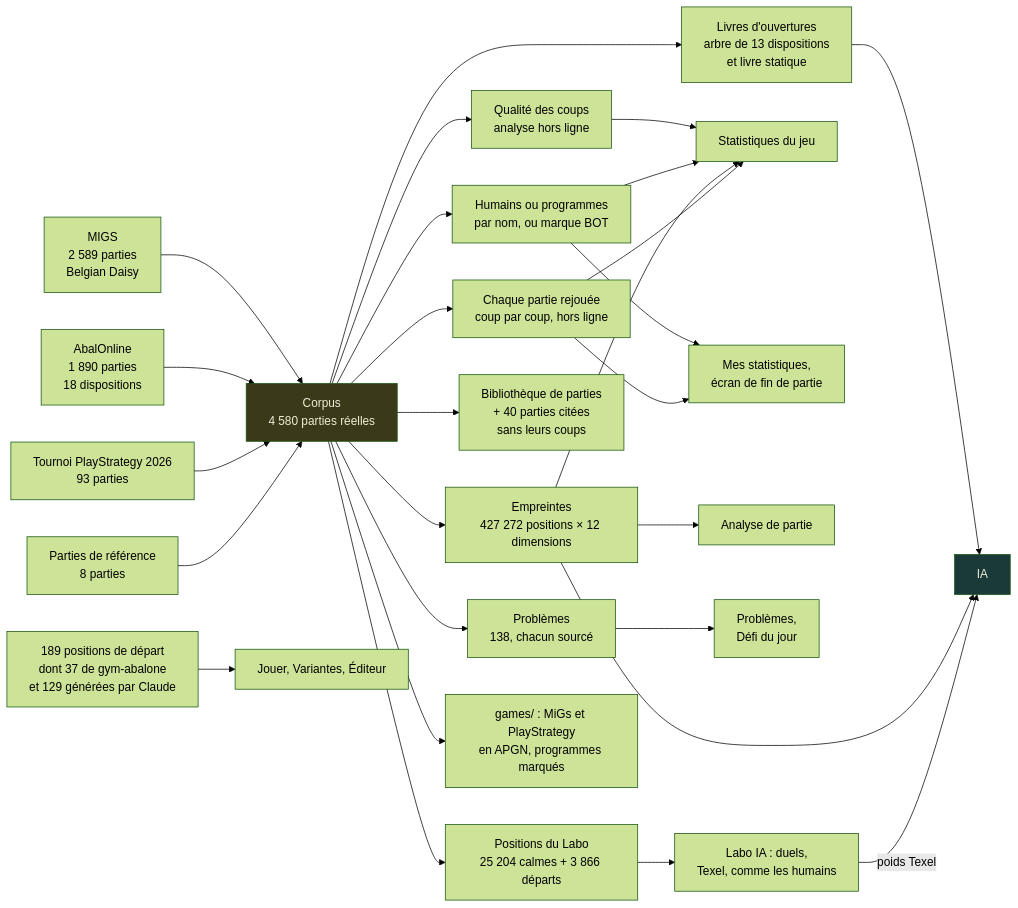
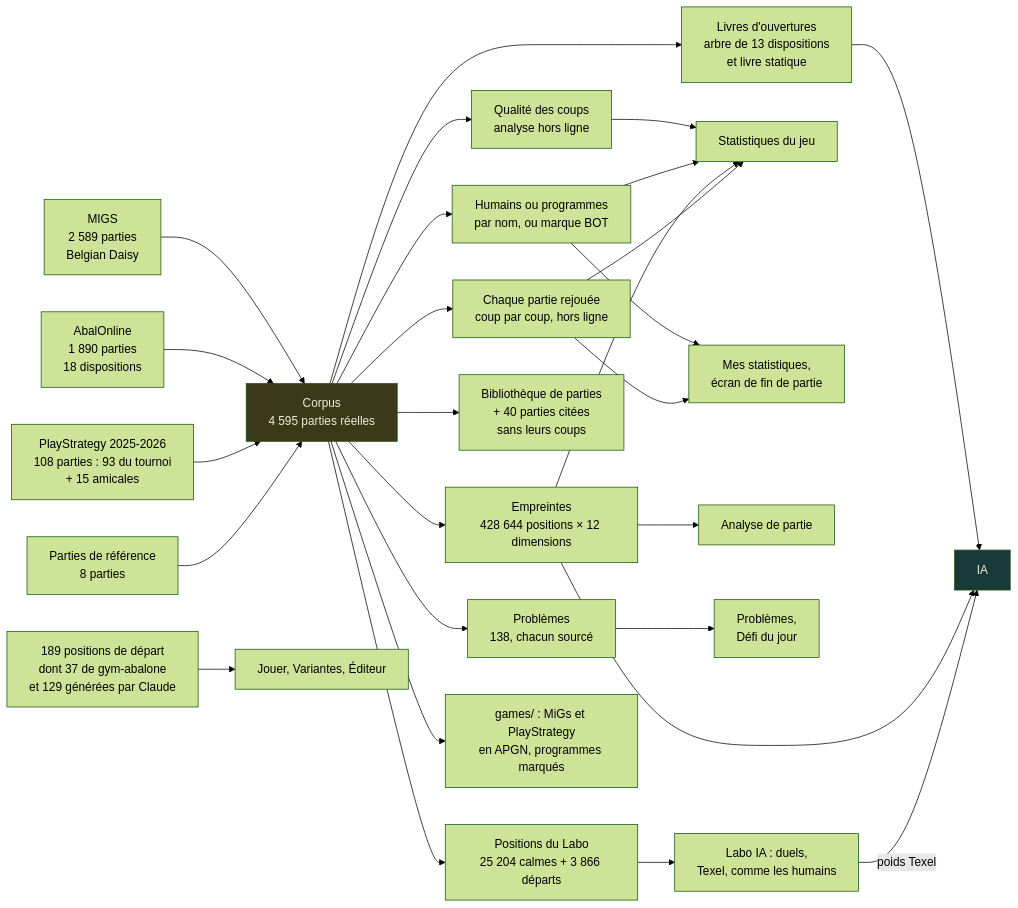
The second of 3 diagrams in docs-fr/Architecture.fr.md (ocj94/Abalassembly), drawn with Mermaid (forest theme) before and after one commit. The commit also changed other lines of this file and 39 other files, not shown here.

First line of the commit message:
v3.33 : les 15 parties amicales PlayStrategy entrent dans le corpus (4 595 parties)

````diff
--- a/docs-fr/Architecture.fr.md
+++ b/docs-fr/Architecture.fr.md
@@ -65,34 +65,34 @@
 ```mermaid
 flowchart LR
-    S1[MIGS<br/>2 589 parties<br/>Belgian Daisy] --> C[Corpus<br/>4 580 parties réelles]
+    S1[MIGS<br/>2 589 parties<br/>Belgian Daisy] --> C[Corpus<br/>4 595 parties réelles]
     S2[AbalOnline<br/>1 890 parties<br/>18 dispositions] --> C
-    S3[Tournoi PlayStrategy 2026<br/>93 parties] --> C
+    S3[PlayStrategy 2025-2026<br/>108 parties : 93 du tournoi<br/>+ 15 amicales] --> C
     S4[Parties de référence<br/>8 parties] --> C
 
     C --> O[Livres d'ouvertures<br/>arbre de 13 dispositions<br/>et livre statique]
-    C --> E[Empreintes<br/>427 272 positions × 12 dimensions]
+    C --> E[Empreintes<br/>428 644 positions × 12 dimensions]
     C --> R[Chaque partie rejouée<br/>coup par coup, hors ligne]
     C --> P[Problèmes<br/>138, chacun sourcé]
     C --> LP[Positions du Labo<br/>25 204 calmes + 3 866 départs]
     C --> L[Bibliothèque de parties<br/>+ 40 parties citées<br/>sans leurs coups]
     C --> Q[Qualité des coups<br/>analyse hors ligne]
     C --> HP[Humains ou programmes<br/>par nom, ou marque BOT]
     C --> AP[games/ : MiGs et PlayStrategy<br/>en APGN, programmes marqués]
     D[189 positions de départ<br/>dont 37 de gym-abalone<br/>et 129 générées par Claude] --> V[Jouer, Variantes, Éditeur]
     Q --> ST
     HP --> ST
     HP --> MS
 
     O --> AI[IA]
     E --> AI
     E --> AN[Analyse de partie]
     E --> ST[Statistiques du jeu]
     R --> ST
     R --> MS[Mes statistiques,<br/>écran de fin de partie]
     P --> PB[Problèmes,<br/>Défi du jour]
     LP --> LAB[Labo IA : duels,<br/>Texel, comme les humains]
     LAB -->|poids Texel| AI
 
     style C fill:#3a3a1a,color:#f0ead6
     style AI fill:#1a3a3a,color:#f0ead6
 ```
````
